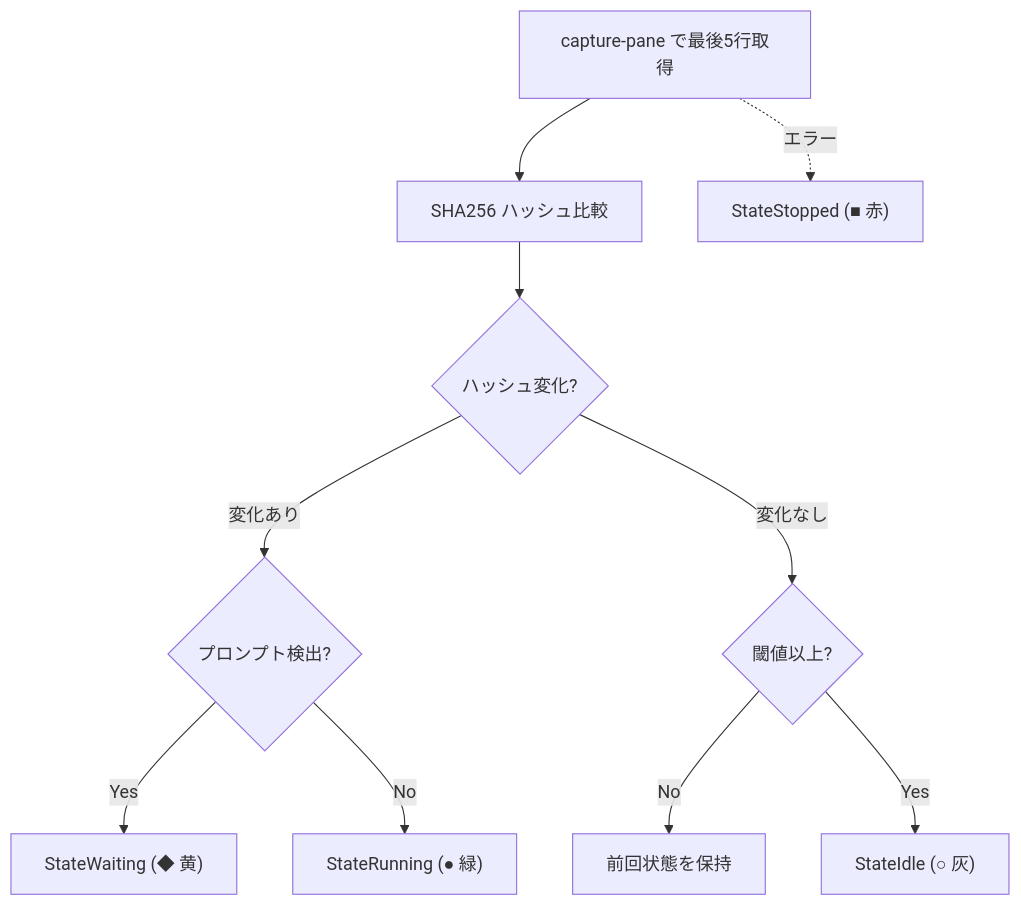
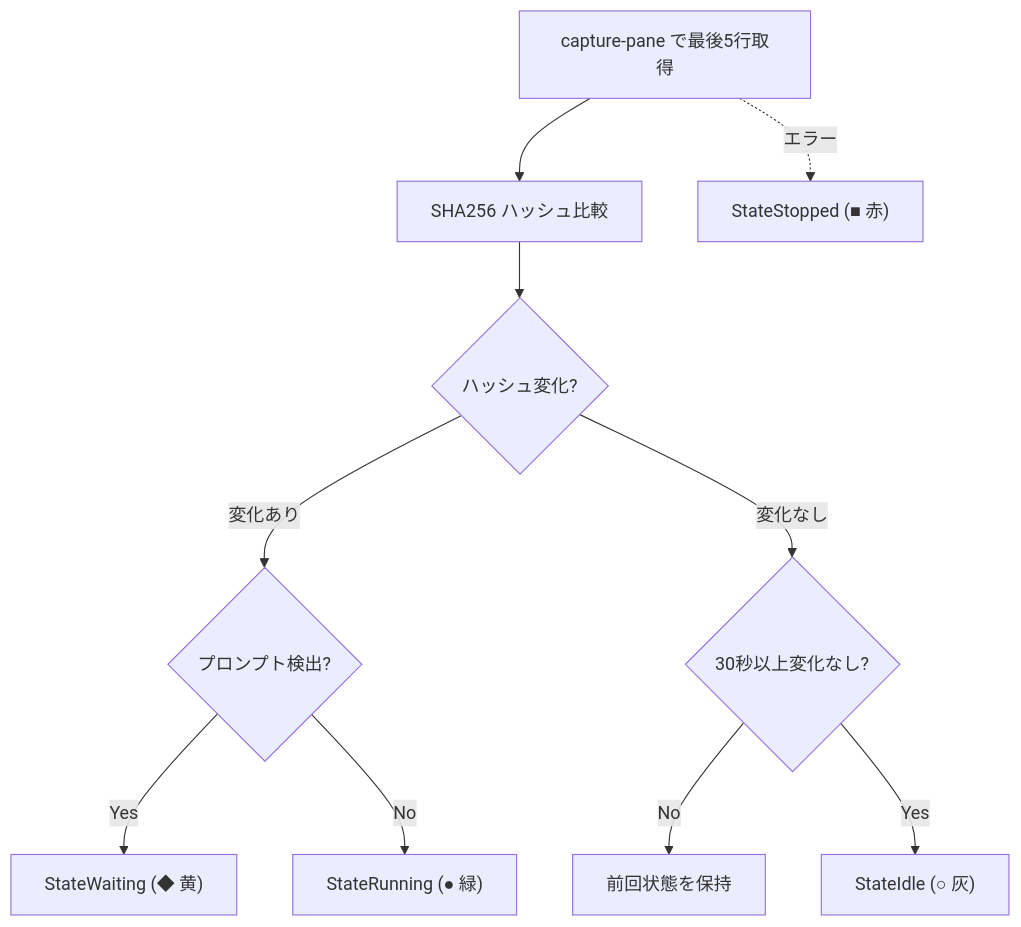
The fifth of 5 diagrams in ARCHITECTURE.md (takezoh/agent-roost), drawn with Mermaid before and after one commit. The commit also changed other lines of this file and 9 other files, not shown here.

First line of the commit message:
Align implementation with ARCHITECTURE.md

````diff
--- a/ARCHITECTURE.md
+++ b/ARCHITECTURE.md
@@ -259,12 +387,12 @@
 ```mermaid
 flowchart TD
     cap[capture-pane で最後5行取得] --> hash[SHA256 ハッシュ比較]
     hash --> changed{ハッシュ変化?}
     changed -->|変化あり| prompt{プロンプト検出?}
     prompt -->|Yes| waiting["StateWaiting (◆ 黄)"]
     prompt -->|No| running["StateRunning (● 緑)"]
-    changed -->|変化なし| threshold{閾値以上?}
+    changed -->|変化なし| threshold{30秒以上変化なし?}
     threshold -->|No| keep[前回状態を保持]
     threshold -->|Yes| idle["StateIdle (○ 灰)"]
     cap -.->|エラー| stopped["StateStopped (■ 赤)"]
 ```
````
